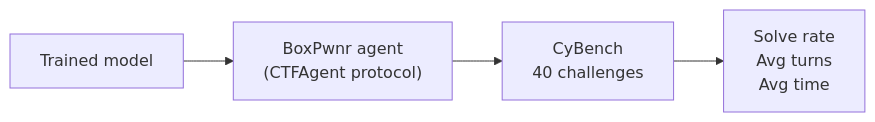
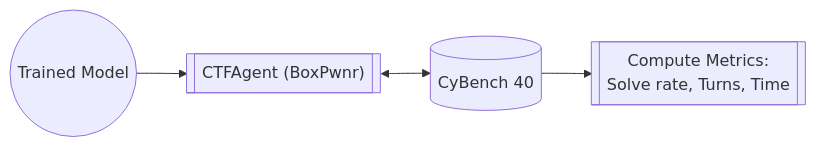
One commit to westonbrown/open-ctf-env changed the fifth of 5 diagrams in docs/architecture.md. Above: the diagram before and after it, drawn with Mermaid. The commit also changed other lines of this file and 17 other files, not shown here.

Commit message:
docs: refine, semanticize, and simplify mermaid architecture charts

````diff
--- a/docs/architecture.md
+++ b/docs/architecture.md
@@ -230,6 +281,6 @@
 ```mermaid
 flowchart LR
-    model["Trained model"] --> agent["BoxPwnr agent<br/>(CTFAgent protocol)"]
-    agent --> challenges["CyBench<br/>40 challenges"]
-    challenges --> metrics["Solve rate<br/>Avg turns<br/>Avg time"]
+    Model(("Trained Model")) --> Agent[["CTFAgent (BoxPwnr)"]]
+    Agent <--> Challenges[("CyBench 40")]
+    Challenges --> Metrics[["Compute Metrics:<br/>Solve rate, Turns, Time"]]
 ```
````
